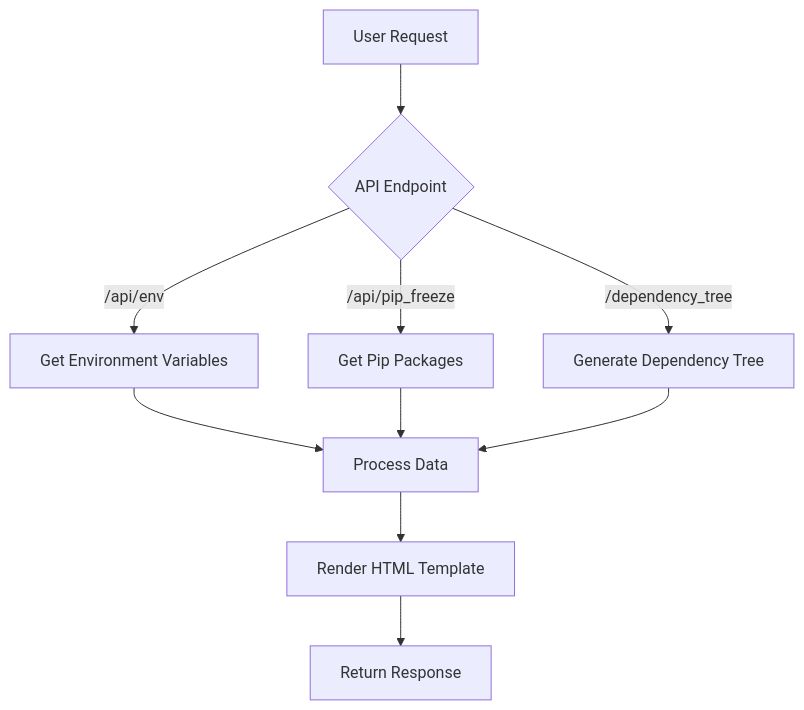
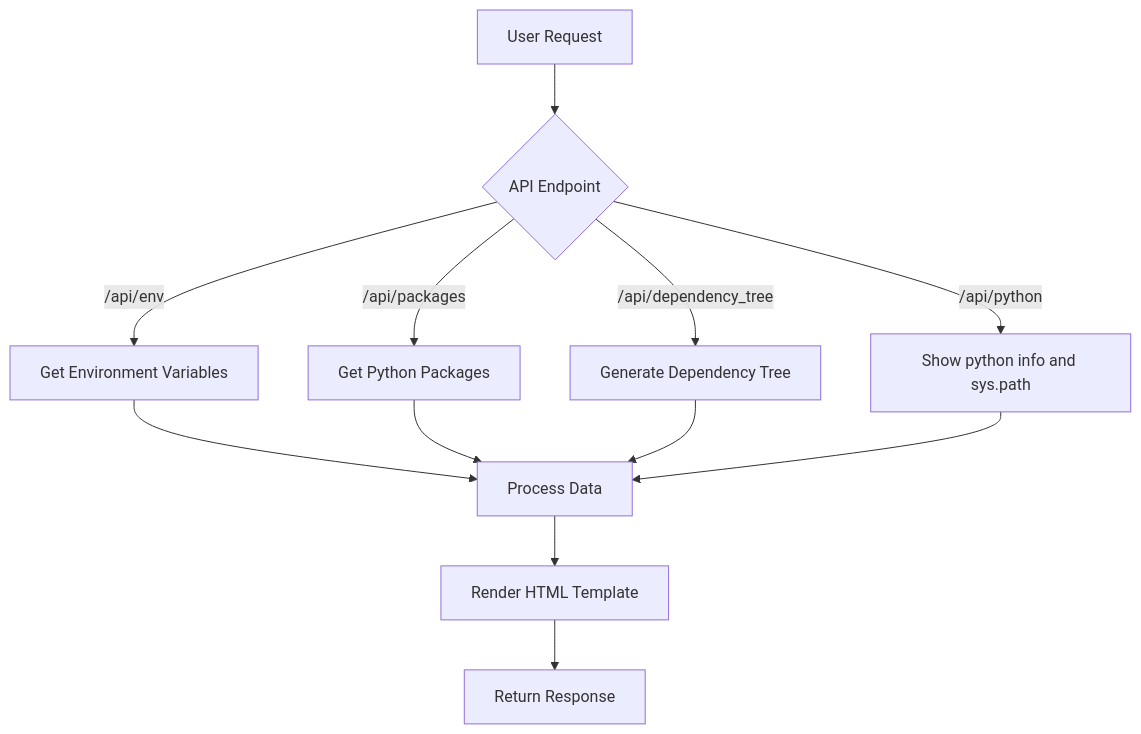
Before and after one commit to chrisdreid/ComfyUI_EnvAutopsyAPI: the diagram in README.md, drawn with Mermaid.

Commit message:
Update README.md
updated Mermaid diagram

````diff
--- a/README.md
+++ b/README.md
@@ -90,12 +90,14 @@
 ```mermaid
 graph TD
  A[User Request] --> B{API Endpoint}
  B -->|/api/env| C[Get Environment Variables]
- B -->|/api/pip_freeze| D[Get Pip Packages]
- B -->|/dependency_tree| E[Generate Dependency Tree]
+ B -->|/api/packages| D[Get Python Packages]
+ B -->|/api/dependency_tree| E[Generate Dependency Tree]
+ B -->|/api/python| S[Show python info and sys.path]
  C --> F[Process Data]
  D --> F
  E --> F
+ S --> F
  F --> G[Render HTML Template]
  G --> H[Return Response]
 ```
````
